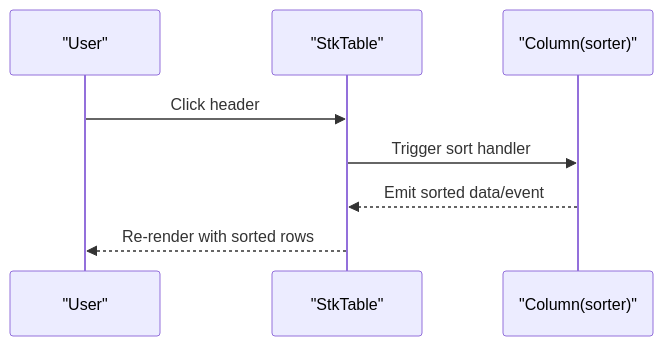
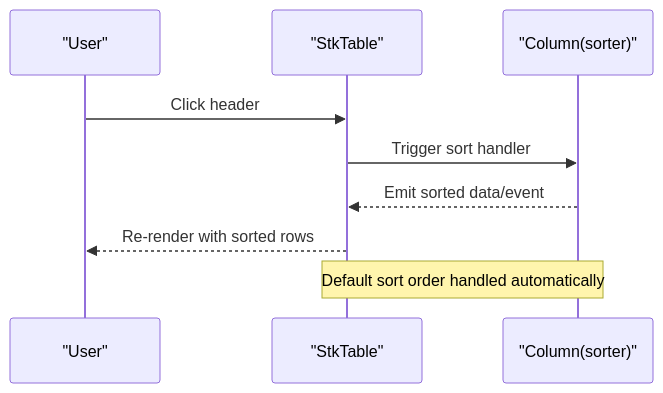
One commit to ja-plus/stk-table-vue changed the fifth of 8 diagrams in .qoder/repowiki/en/content/Basic Features/Basic Features.md. Above: the diagram before and after it, drawn with Mermaid. The commit also changed other lines of this file and 3 other files, not shown here.

````diff
--- a/.qoder/repowiki/en/content/Basic Features/Basic Features.md
+++ b/.qoder/repowiki/en/content/Basic Features/Basic Features.md
@@ -238,10 +291,11 @@
 ```mermaid
 sequenceDiagram
 participant U as "User"
 participant T as "StkTable"
 participant C as "Column(sorter)"
 U->>T : Click header
 T->>C : Trigger sort handler
 C-->>T : Emit sorted data/event
 T-->>U : Re-render with sorted rows
+Note over T,C : Default sort order handled automatically
 ```
````
